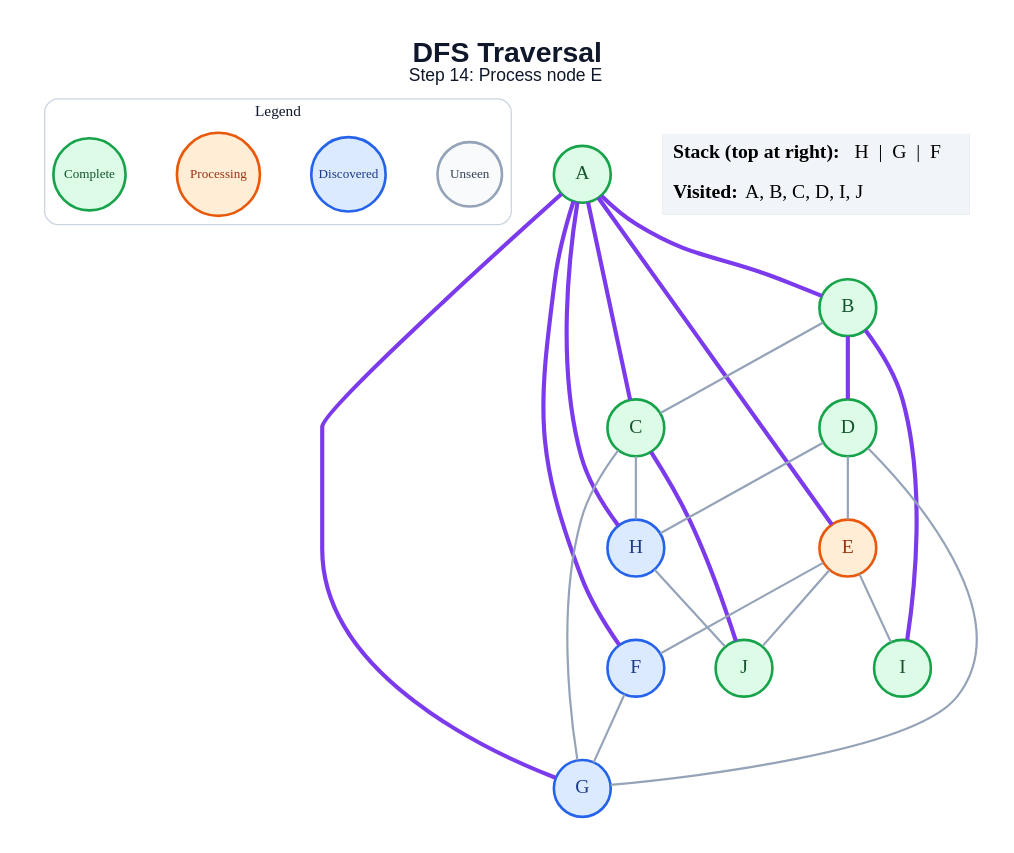
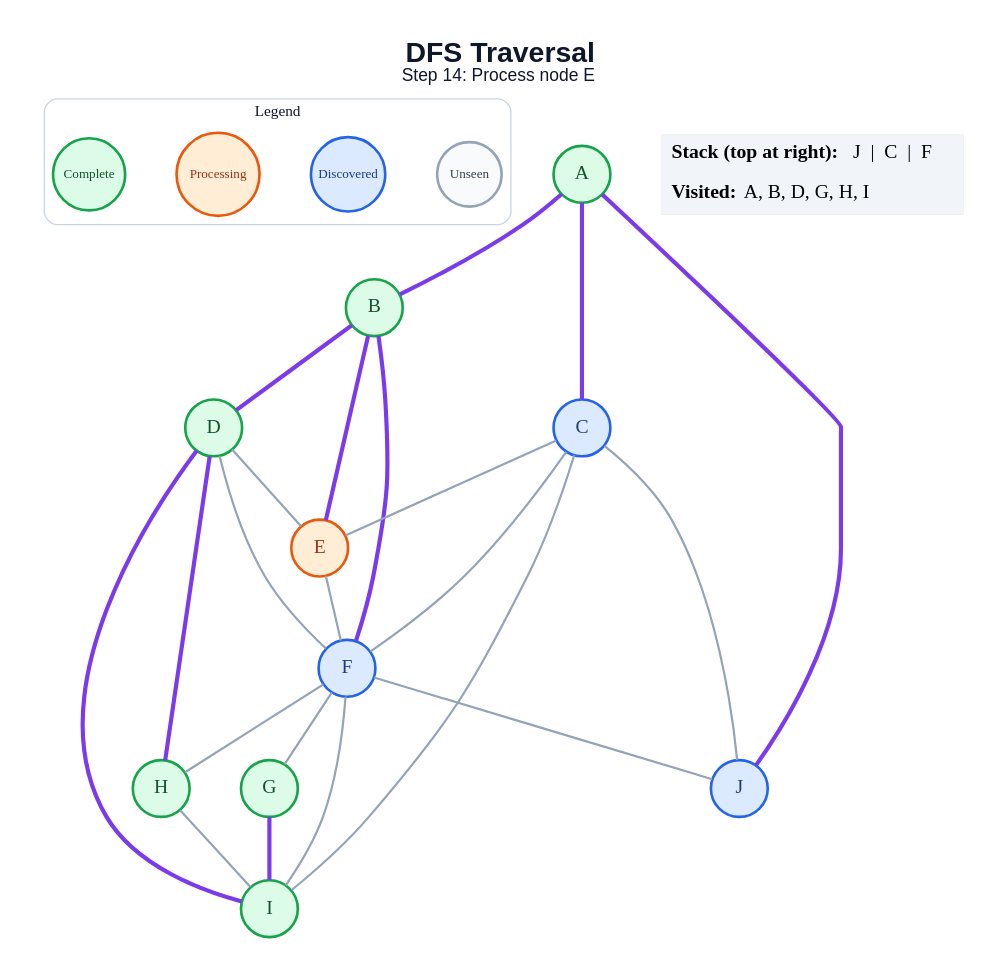
One commit to amanghodawala9/ai-slop changed the diagram in generated/dfs/step_14.dot. Above: the diagram before and after it, drawn with Graphviz. The commit also changed 178 other files, not shown here.

```diff
--- a/generated/dfs/step_14.dot
+++ b/generated/dfs/step_14.dot
@@ -1,49 +1,50 @@
 graph traversal {
   graph [layout=dot, rankdir=TB, bgcolor="#FFFFFF", pad="0.35", nodesep="0.65", ranksep="0.8", fontname="Arial"];
   node [shape=circle, style="filled", fontname="Arial Bold", fontsize=18, width=0.72, fixedsize=true, penwidth=2.4];
   edge [color="#94A3B8", penwidth=2.0];
   label=<<B>DFS Traversal</B><BR/><FONT POINT-SIZE="16">Step 14: Process node E</FONT>>; labelloc="t"; fontsize=26; fontname="Arial"; fontcolor="#0F172A";
   subgraph cluster_legend { label="Legend"; color="#CBD5E1"; penwidth=1.2; style="rounded"; fontsize=14; fontname="Arial Bold";
     key_unseen [label="Unseen", fillcolor="#F8FAFC", color="#94A3B8", fontcolor="#334155", fontsize=12, width=0.82];
     key_frontier [label="Discovered", fillcolor="#DBEAFE", color="#2563EB", fontcolor="#1E3A8A", fontsize=12, width=0.95];
     key_current [label="Processing", fillcolor="#FFEDD5", color="#EA580C", fontcolor="#9A3412", fontsize=12, width=1.05];
     key_done [label="Complete", fillcolor="#DCFCE7", color="#16A34A", fontcolor="#14532D", fontsize=12, width=0.92];
     { rank=same; key_unseen; key_frontier; key_current; key_done; }
   }
   A [fillcolor="#DCFCE7", color="#16A34A", fontcolor="#14532D"];
   B [fillcolor="#DCFCE7", color="#16A34A", fontcolor="#14532D"];
-  C [fillcolor="#DCFCE7", color="#16A34A", fontcolor="#14532D"];
+  C [fillcolor="#DBEAFE", color="#2563EB", fontcolor="#1E3A8A"];
   D [fillcolor="#DCFCE7", color="#16A34A", fontcolor="#14532D"];
   E [fillcolor="#FFEDD5", color="#EA580C", fontcolor="#9A3412"];
   F [fillcolor="#DBEAFE", color="#2563EB", fontcolor="#1E3A8A"];
-  G [fillcolor="#DBEAFE", color="#2563EB", fontcolor="#1E3A8A"];
-  H [fillcolor="#DBEAFE", color="#2563EB", fontcolor="#1E3A8A"];
+  G [fillcolor="#DCFCE7", color="#16A34A", fontcolor="#14532D"];
+  H [fillcolor="#DCFCE7", color="#16A34A", fontcolor="#14532D"];
   I [fillcolor="#DCFCE7", color="#16A34A", fontcolor="#14532D"];
-  J [fillcolor="#DCFCE7", color="#16A34A", fontcolor="#14532D"];
+  J [fillcolor="#DBEAFE", color="#2563EB", fontcolor="#1E3A8A"];
   A -- B [color="#7C3AED", penwidth=3.8];
   A -- C [color="#7C3AED", penwidth=3.8];
-  A -- E [color="#7C3AED", penwidth=3.8];
-  A -- F [color="#7C3AED", penwidth=3.8];
-  A -- G [color="#7C3AED", penwidth=3.8];
-  A -- H [color="#7C3AED", penwidth=3.8];
-  B -- C;
+  A -- J [color="#7C3AED", penwidth=3.8];
   B -- D [color="#7C3AED", penwidth=3.8];
-  B -- I [color="#7C3AED", penwidth=3.8];
-  C -- G;
-  C -- H;
-  C -- J [color="#7C3AED", penwidth=3.8];
+  B -- E [color="#7C3AED", penwidth=3.8];
+  B -- F [color="#7C3AED", penwidth=3.8];
+  C -- E;
+  C -- F;
+  C -- I;
+  C -- J;
   D -- E;
-  D -- G;
-  D -- H;
+  D -- F;
+  D -- H [color="#7C3AED", penwidth=3.8];
+  D -- I [color="#7C3AED", penwidth=3.8];
   E -- F;
-  E -- I;
-  E -- J;
   F -- G;
-  H -- J;
+  F -- H;
+  F -- I;
+  F -- J;
+  G -- I [color="#7C3AED", penwidth=3.8];
+  H -- I;
   status [shape=plain, fixedsize=false, width=0, height=0, margin=0, label=<
     <TABLE BORDER="0" CELLBORDER="0" CELLPADDING="7" BGCOLOR="#F1F5F9">
-      <TR><TD ALIGN="LEFT"><B>Stack (top at right):</B> H  |  G  |  F</TD></TR>
-      <TR><TD ALIGN="LEFT"><B>Visited:</B> A, B, C, D, I, J</TD></TR>
+      <TR><TD ALIGN="LEFT"><B>Stack (top at right):</B> J  |  C  |  F</TD></TR>
+      <TR><TD ALIGN="LEFT"><B>Visited:</B> A, B, D, G, H, I</TD></TR>
     </TABLE>
   >];
 }
```
